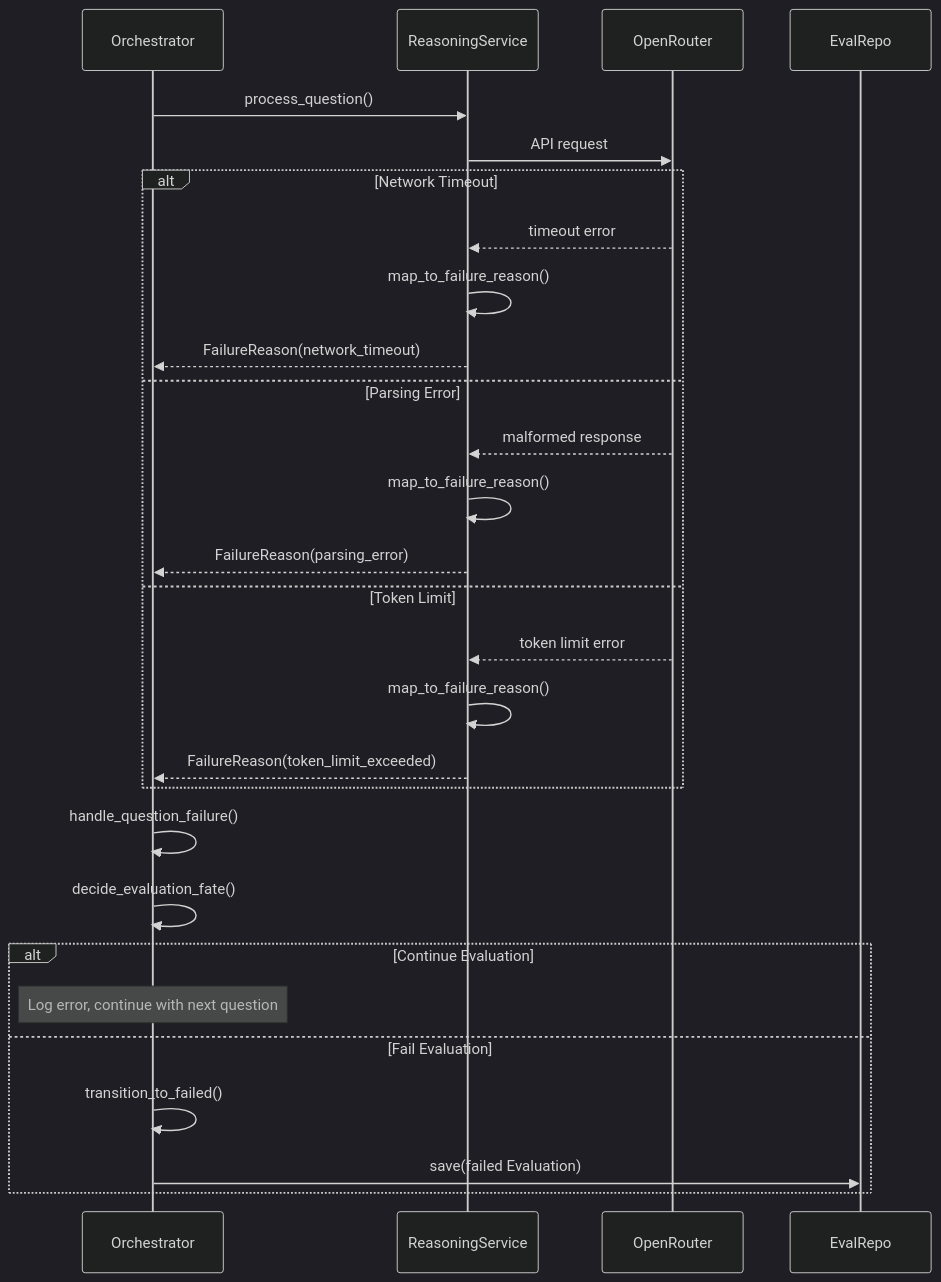
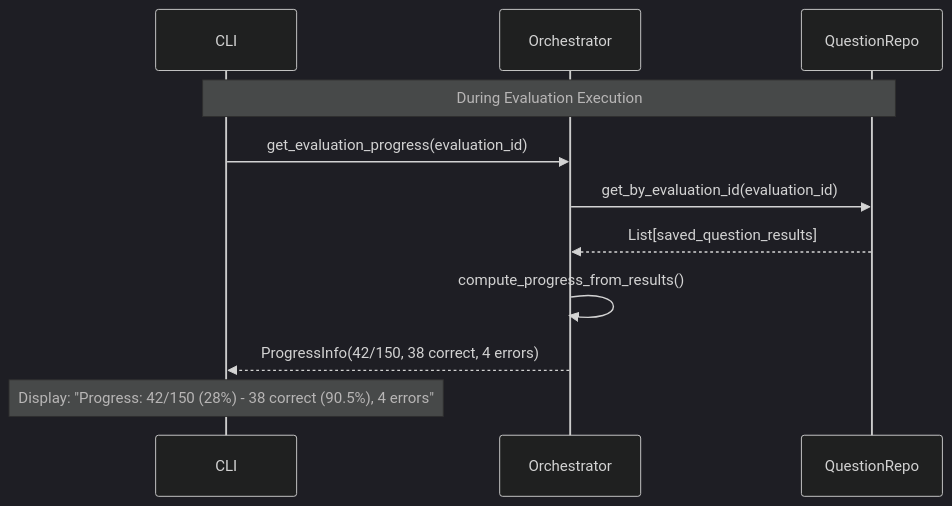
Before and after one commit to thompsonson/c4ai-ml-agents-v2: the fifth of 7 diagrams in documentation/v2-application-services-architecture.md, drawn with Mermaid (dark theme). The commit also changed other lines of this file and 3 other files, not shown here.

````diff
--- a/documentation/v2-application-services-architecture.md
+++ b/documentation/v2-application-services-architecture.md
@@ -330,34 +400,15 @@
 ```mermaid
 sequenceDiagram
+    participant CLI
     participant Orchestrator
-    participant ReasoningService
-    participant OpenRouter
-    participant EvalRepo
+    participant QuestionRepo
 
-    Orchestrator->>ReasoningService: process_question()
-    ReasoningService->>OpenRouter: API request
+    Note over CLI, QuestionRepo: During Evaluation Execution
+    CLI->>Orchestrator: get_evaluation_progress(evaluation_id)
+    Orchestrator->>QuestionRepo: get_by_evaluation_id(evaluation_id)
+    QuestionRepo-->>Orchestrator: List[saved_question_results]
+    Orchestrator->>Orchestrator: compute_progress_from_results()
+    Orchestrator-->>CLI: ProgressInfo(42/150, 38 correct, 4 errors)
 
-    alt Network Timeout
-        OpenRouter-->>ReasoningService: timeout error
-        ReasoningService->>ReasoningService: map_to_failure_reason()
-        ReasoningService-->>Orchestrator: FailureReason(network_timeout)
-    else Parsing Error
-        OpenRouter-->>ReasoningService: malformed response
-        ReasoningService->>ReasoningService: map_to_failure_reason()
-        ReasoningService-->>Orchestrator: FailureReason(parsing_error)
-    else Token Limit
-        OpenRouter-->>ReasoningService: token limit error
-        ReasoningService->>ReasoningService: map_to_failure_reason()
-        ReasoningService-->>Orchestrator: FailureReason(token_limit_exceeded)
-    end
-
-    Orchestrator->>Orchestrator: handle_question_failure()
-    Orchestrator->>Orchestrator: decide_evaluation_fate()
-
-    alt Continue Evaluation
-        Note over Orchestrator: Log error, continue with next question
-    else Fail Evaluation
-        Orchestrator->>Orchestrator: transition_to_failed()
-        Orchestrator->>EvalRepo: save(failed Evaluation)
-    end
+    Note over CLI: Display: "Progress: 42/150 (28%) - 38 correct (90.5%), 4 errors"
 ```
````
